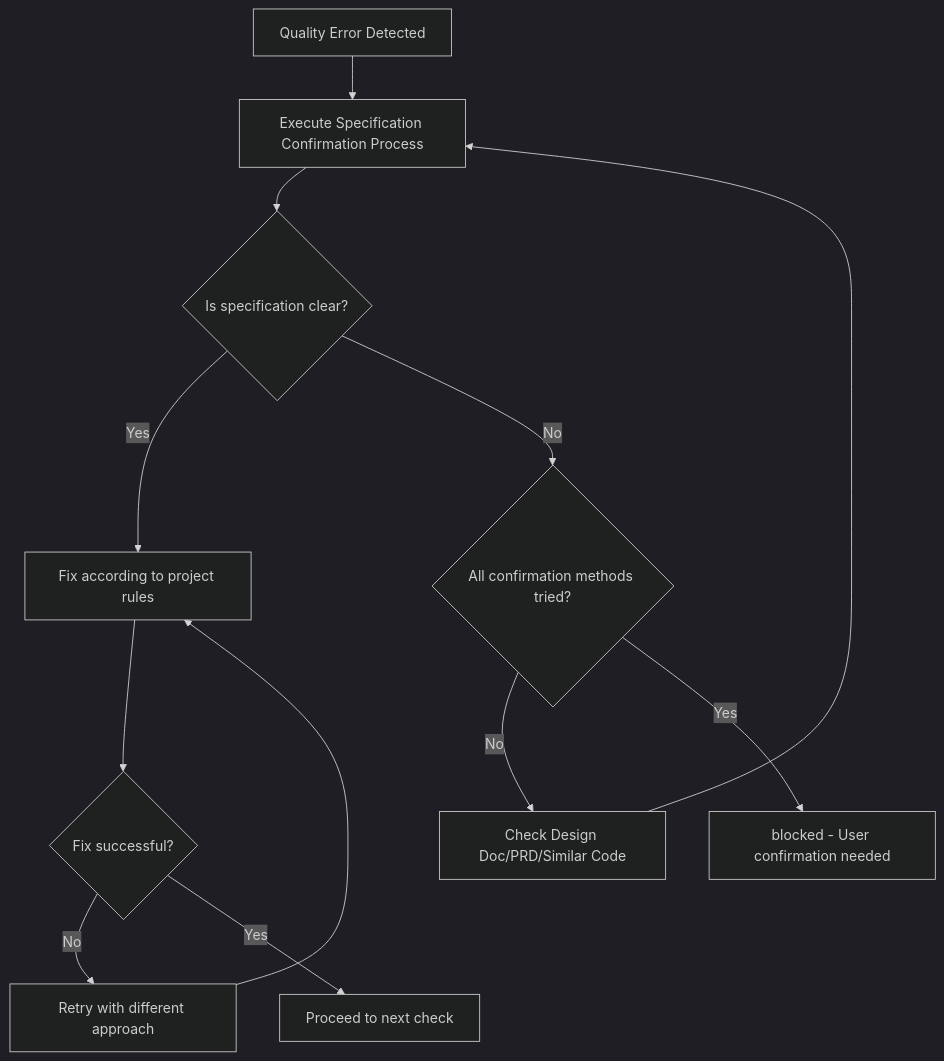
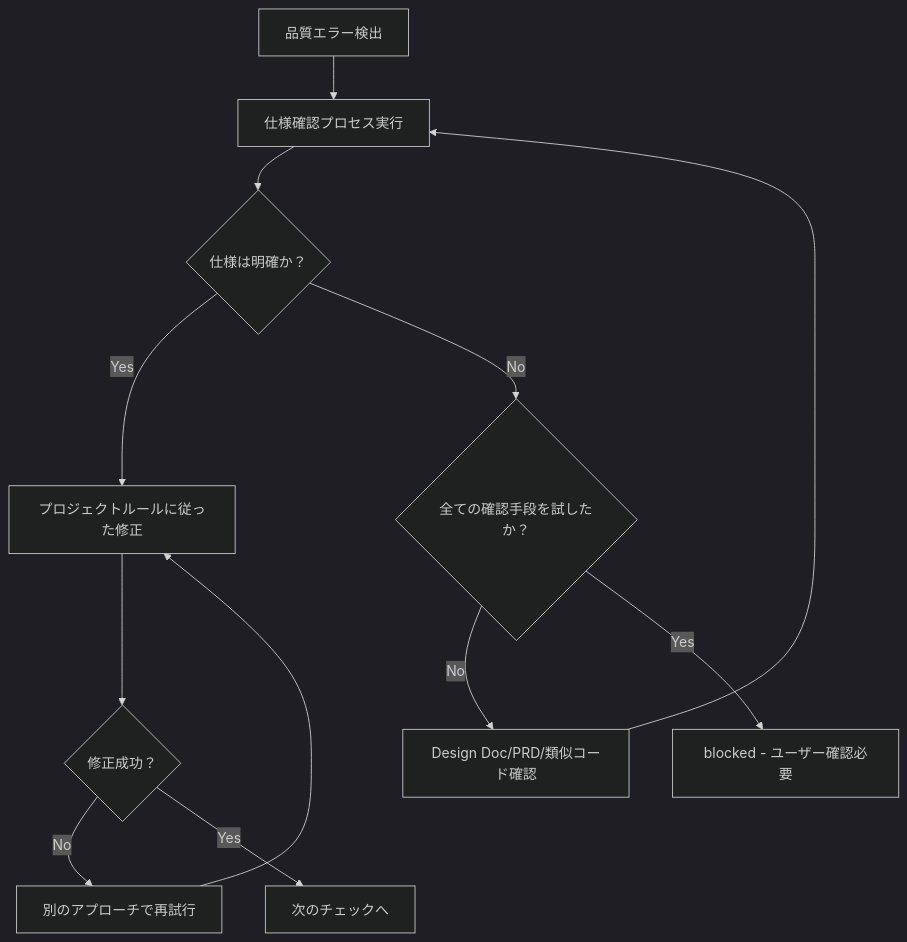
Before and after one commit to Haruki-Hosokawa-sti/test-init: the diagram in .claude/agents/quality-fixer.md, drawn with Mermaid (dark theme). The commit also changed other lines of this file and 62 other files, not shown here.

````diff
--- a/.claude/agents/quality-fixer.md
+++ b/.claude/agents/quality-fixer.md
@@ -257,15 +258,15 @@
 ```mermaid
 graph TD
-    A[Quality Error Detected] --> B[Execute Specification Confirmation Process]
-    B --> C{Is specification clear?}
-    C -->|Yes| D[Fix according to project rules]
-    D --> E{Fix successful?}
-    E -->|No| F[Retry with different approach]
+    A[品質エラー検出] --> B[仕様確認プロセス実行]
+    B --> C{仕様は明確か？}
+    C -->|Yes| D[プロジェクトルールに従った修正]
+    D --> E{修正成功？}
+    E -->|No| F[別のアプローチで再試行]
     F --> D
-    E -->|Yes| G[Proceed to next check]
+    E -->|Yes| G[次のチェックへ]
 
-    C -->|No| H{All confirmation methods tried?}
-    H -->|No| I[Check Design Doc/PRD/Similar Code]
+    C -->|No| H{全ての確認手段を試したか？}
+    H -->|No| I[Design Doc/PRD/類似コード確認]
     I --> B
-    H -->|Yes| J[blocked - User confirmation needed]
+    H -->|Yes| J[blocked - ユーザー確認必要]
 ```
````
